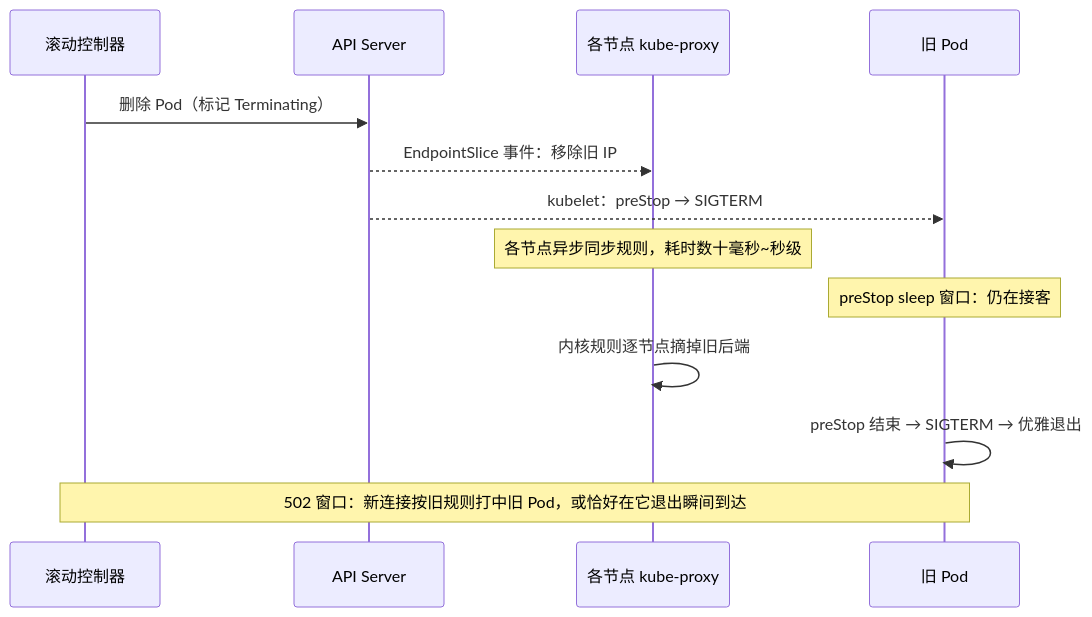
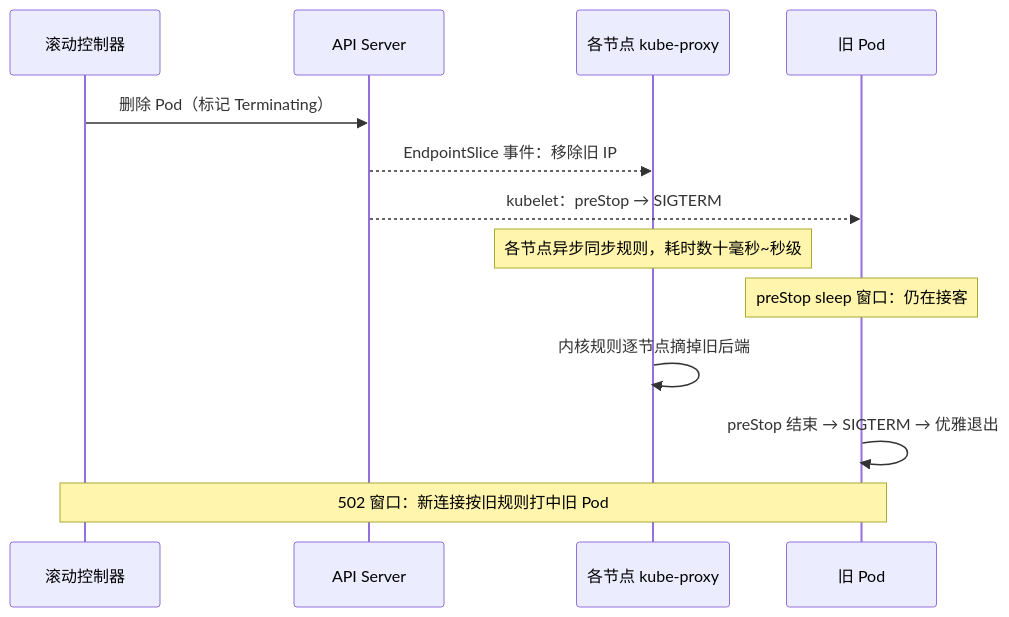
The fourth of 5 diagrams in 03-Kubernetes/08-Service与kube-proxy/知识点.md (ml-cuizijun/LearnToLilith), drawn with Mermaid before and after one commit. The commit also changed other lines of this file and 178 other files, not shown here.

````diff
--- a/03-Kubernetes/08-Service与kube-proxy/知识点.md
+++ b/03-Kubernetes/08-Service与kube-proxy/知识点.md
@@ -397,15 +417,15 @@
 ```mermaid
 sequenceDiagram
     participant CTL as 滚动控制器
     participant API as API Server
     participant KPN as 各节点 kube-proxy
     participant POD as 旧 Pod
     CTL->>API: 删除 Pod（标记 Terminating）
     API-->>KPN: EndpointSlice 事件：移除旧 IP
     API-->>POD: kubelet：preStop → SIGTERM
     Note over KPN: 各节点异步同步规则，耗时数十毫秒~秒级
     Note over POD: preStop sleep 窗口：仍在接客
     KPN->>KPN: 内核规则逐节点摘掉旧后端
     POD->>POD: preStop 结束 → SIGTERM → 优雅退出
-    Note over CTL,POD: 502 窗口：新连接按旧规则打中旧 Pod，或恰好在它退出瞬间到达
+    Note over CTL,POD: 502 窗口：新连接按旧规则打中旧 Pod
 ```
````
